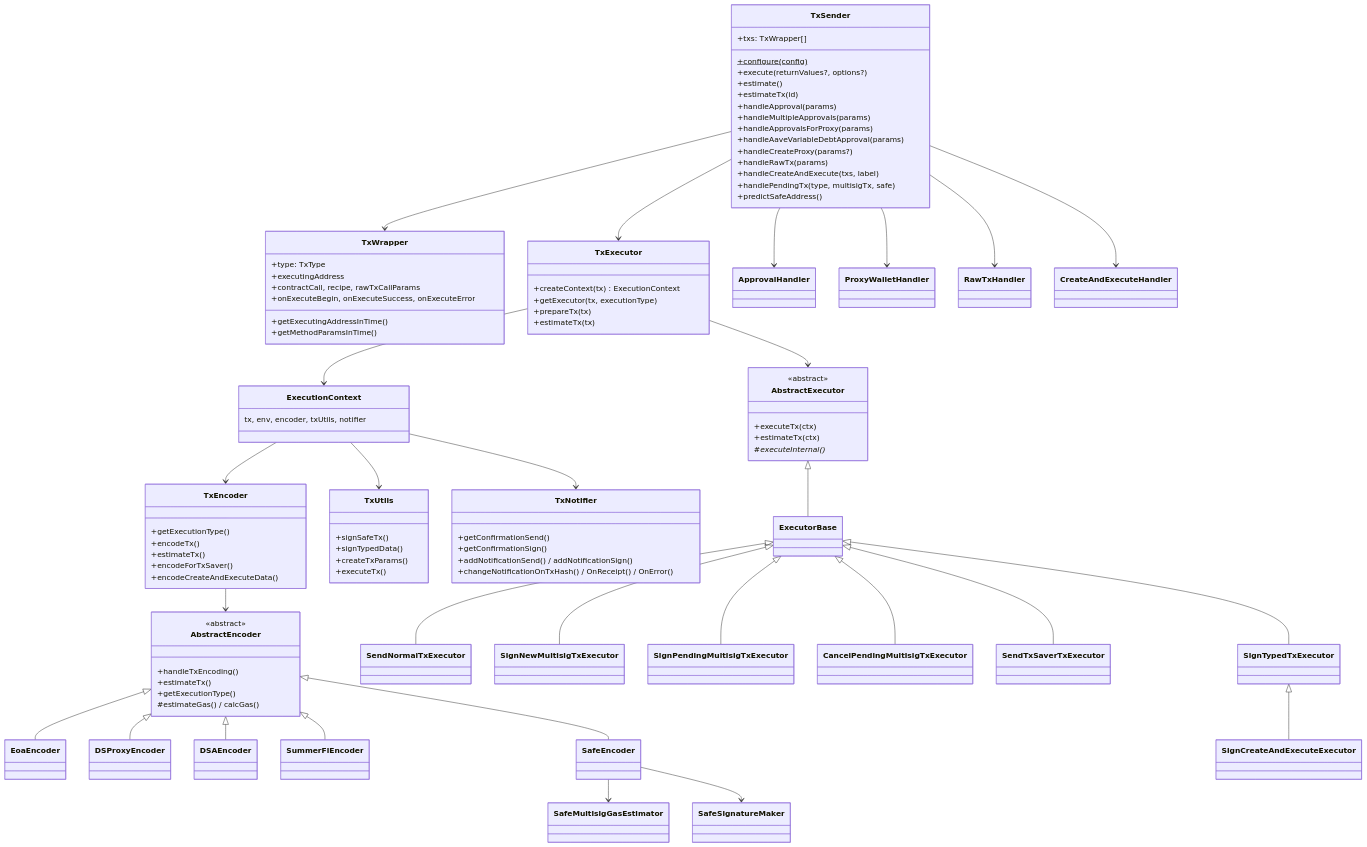
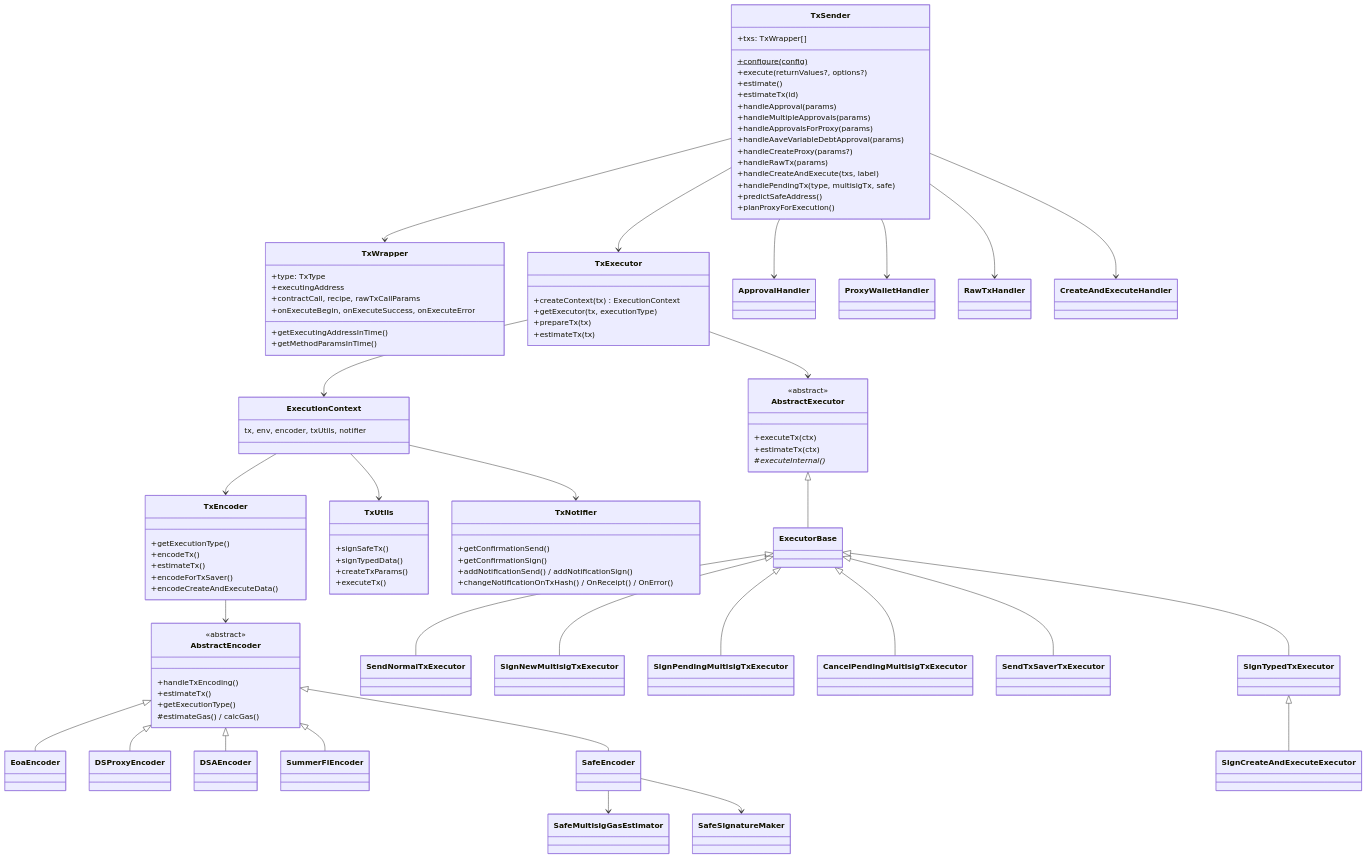
Before and after one commit to defisaver/defisaver-tx-sender: the eighth of 8 diagrams in README.md, drawn with Mermaid. The commit also changed other lines of this file and 19 other files, not shown here.

```diff
--- a/README.md
+++ b/README.md
@@ -384,6 +386,7 @@
     +handleCreateAndExecute(txs, label)
     +handlePendingTx(type, multisigTx, safe)
     +predictSafeAddress()
+    +planProxyForExecution()
   }
   class TxWrapper {
     +type: TxType
```
